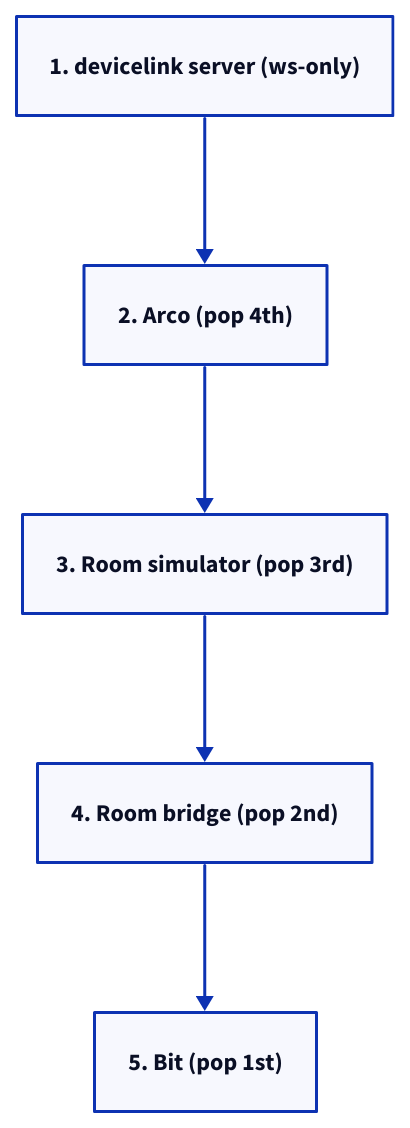
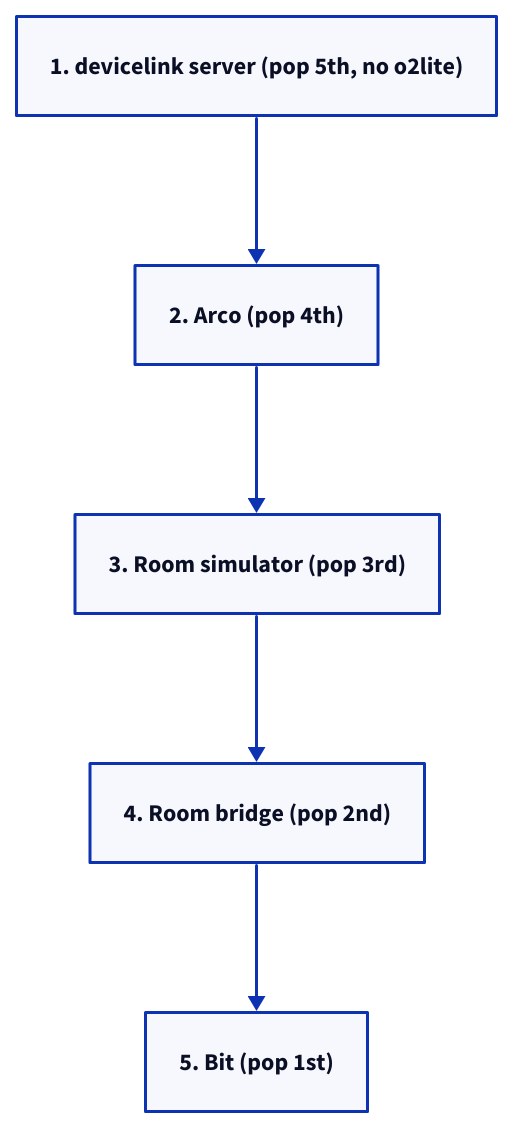
Before and after one commit to Musical-Mycology/mm-terrarium: the diagram in docs/diagrams/boot-teardown.d2, drawn with D2. The commit also changed 4 other files, not shown here.

First line of the commit message:
fix(diagrams): give node 1 a pop position and restore o2lite mention

```diff
--- a/docs/diagrams/boot-teardown.d2
+++ b/docs/diagrams/boot-teardown.d2
@@ -1,8 +1,8 @@
 direction: down
 
-p1: 1. devicelink server (ws-only)
+p1: "1. devicelink server (pop 5th, no o2lite)"
 p2: 2. Arco (pop 4th)
 p3: 3. Room simulator (pop 3rd)
 p4: 4. Room bridge (pop 2nd)
 p5: 5. Bit (pop 1st)
 p1 -> p2 -> p3 -> p4 -> p5
```
